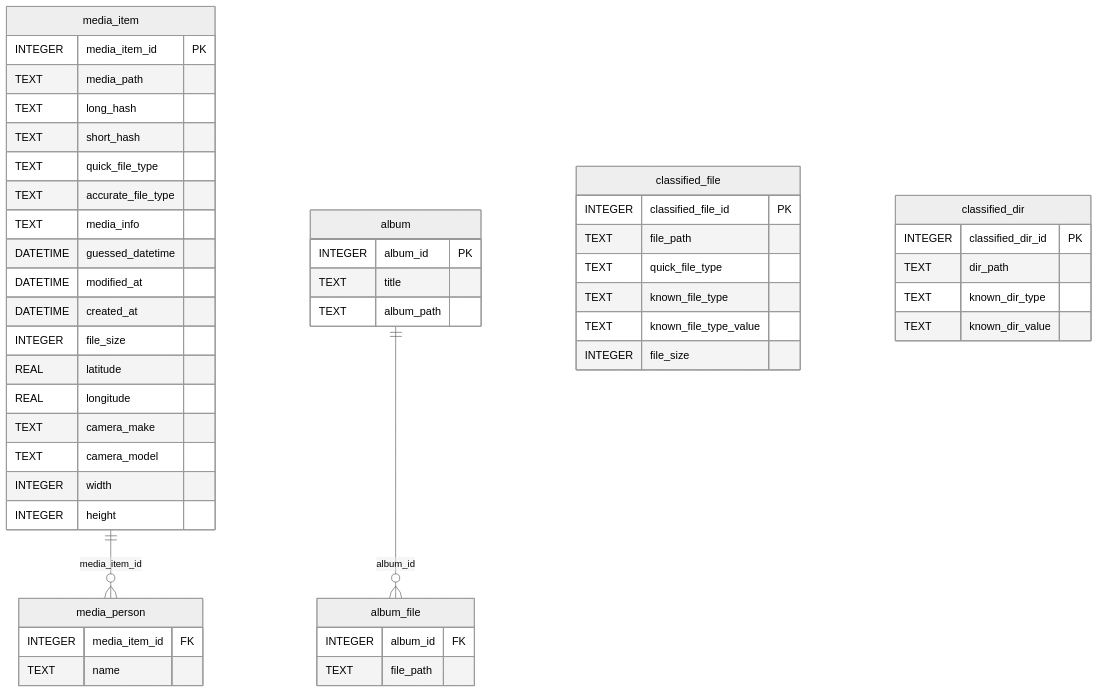
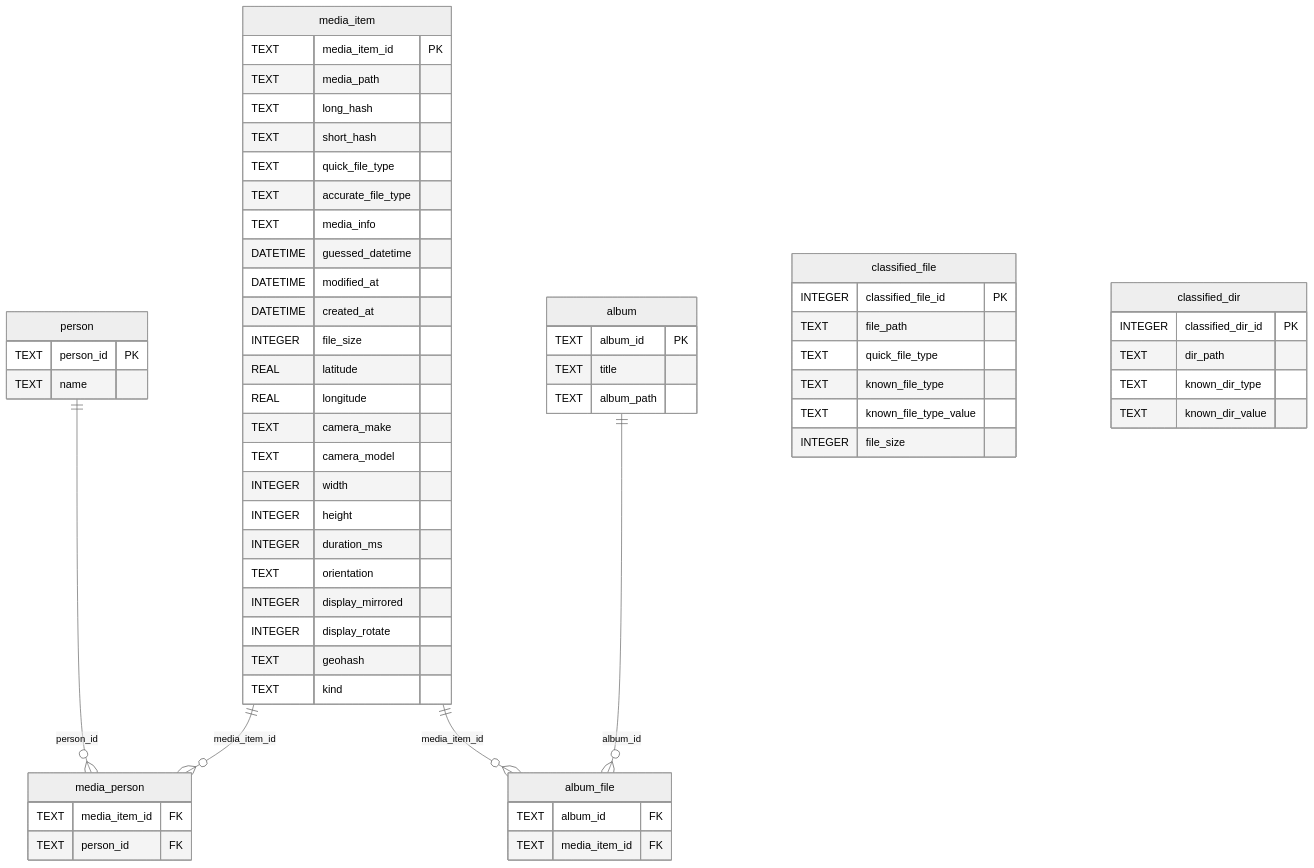
Before and after one commit to paultuckey/ptsync: the diagram in docs/db-schema.md, drawn with Mermaid (neutral theme). The commit also changed 13 other files, not shown here.

````diff
--- a/docs/db-schema.md
+++ b/docs/db-schema.md
@@ -6,51 +6,63 @@
 ```mermaid
 erDiagram
     media_item ||--o{ media_person : "media_item_id"
+    person ||--o{ media_person : "person_id"
     album ||--o{ album_file : "album_id"
+    media_item ||--o{ album_file : "media_item_id"
     media_item {
-        INTEGER media_item_id PK
+        TEXT media_item_id PK
         TEXT media_path
         TEXT long_hash
         TEXT short_hash
         TEXT quick_file_type
         TEXT accurate_file_type
         TEXT media_info
         DATETIME guessed_datetime
         DATETIME modified_at
         DATETIME created_at
         INTEGER file_size
         REAL latitude
         REAL longitude
         TEXT camera_make
         TEXT camera_model
         INTEGER width
         INTEGER height
+        INTEGER duration_ms
+        TEXT orientation
+        INTEGER display_mirrored
+        INTEGER display_rotate
+        TEXT geohash
+        TEXT kind
+    }
+    person {
+        TEXT person_id PK
+        TEXT name
     }
     media_person {
-        INTEGER media_item_id FK
-        TEXT name
+        TEXT media_item_id FK
+        TEXT person_id FK
     }
     album {
-        INTEGER album_id PK
+        TEXT album_id PK
         TEXT title
         TEXT album_path
     }
     album_file {
-        INTEGER album_id FK
-        TEXT file_path
+        TEXT album_id FK
+        TEXT media_item_id FK
     }
     classified_file {
         INTEGER classified_file_id PK
         TEXT file_path
         TEXT quick_file_type
         TEXT known_file_type
         TEXT known_file_type_value
         INTEGER file_size
     }
     classified_dir {
         INTEGER classified_dir_id PK
         TEXT dir_path
         TEXT known_dir_type
         TEXT known_dir_value
     }
 ```
````
